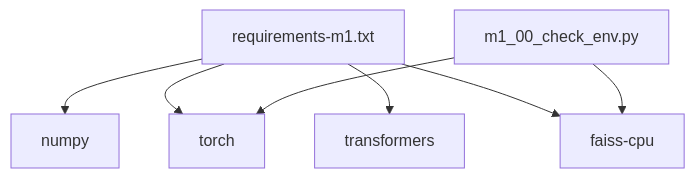
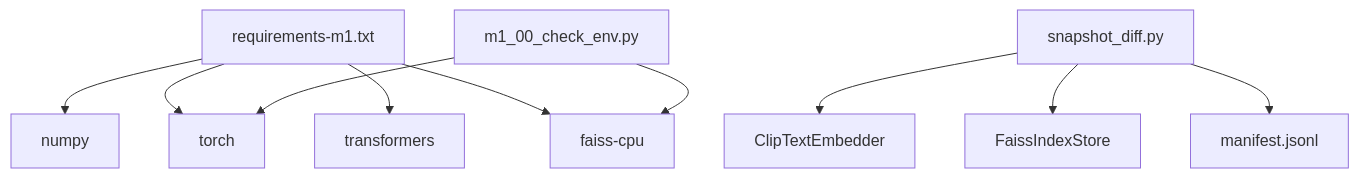
One commit to wsqstar/RoadGen3D changed the seventh of 7 diagrams in .qoder/repowiki/zh/content/资产管理/资产检索系统.md. Above: the diagram before and after it, drawn with Mermaid. The commit also changed other lines of this file and 12 other files, not shown here.

````diff
--- a/.qoder/repowiki/zh/content/资产管理/资产检索系统.md
+++ b/.qoder/repowiki/zh/content/资产管理/资产检索系统.md
@@ -270,9 +350,12 @@
 ```mermaid
 graph TB
 R["requirements-m1.txt"] --> N["numpy"]
 R --> T["torch"]
 R --> H["transformers"]
 R --> F["faiss-cpu"]
 S0["m1_00_check_env.py"] --> T
 S0 --> F
+SD["snapshot_diff.py"] --> E["ClipTextEmbedder"]
+SD --> I["FaissIndexStore"]
+SD --> M["manifest.jsonl"]
 ```
````
